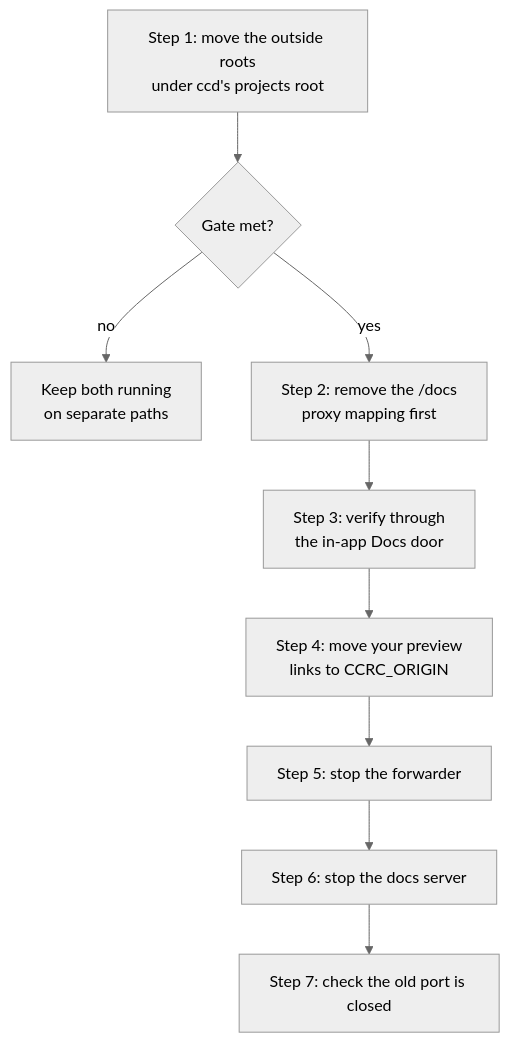
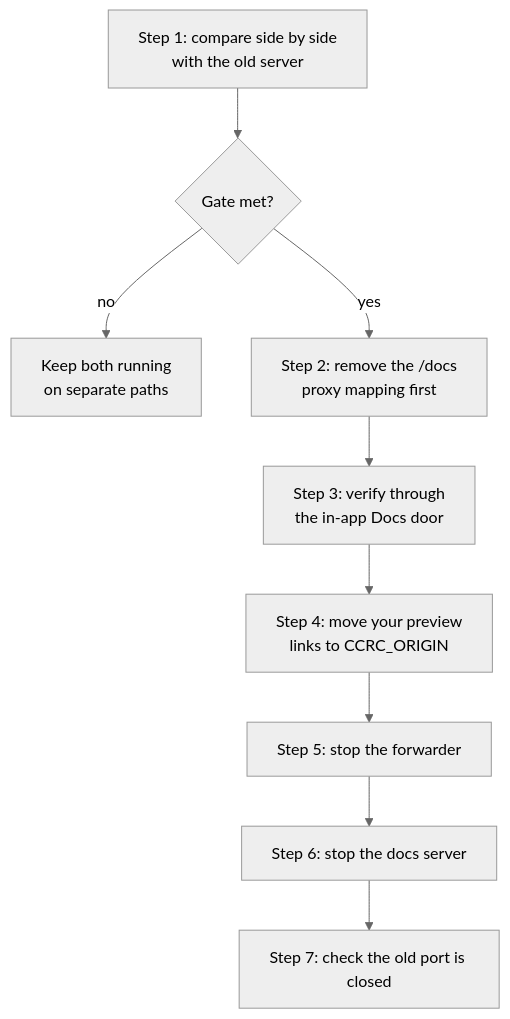
One commit to Synapsium-Labs/ccrc-pwa changed the fourth of 4 diagrams in docs/superpowers/specs/2026-10-12-rich-docs-reader-and-shared-renderer-design.md. Above: the diagram before and after it, drawn with Mermaid (neutral theme). The commit also changed other lines of this file and 3 other files, not shown here.

````diff
--- a/docs/superpowers/specs/2026-10-12-rich-docs-reader-and-shared-renderer-design.md
+++ b/docs/superpowers/specs/2026-10-12-rich-docs-reader-and-shared-renderer-design.md
@@ -715,11 +719,11 @@
 ```mermaid
 flowchart TB
-  M["Step 1: move the outside roots<br/>under ccd's projects root"] --> G{"Gate met?"}
+  M["Step 1: compare side by side<br/>with the old server"] --> G{"Gate met?"}
   G -->|"no"| K["Keep both running<br/>on separate paths"]
   G -->|"yes"| S2["Step 2: remove the /docs<br/>proxy mapping first"]
   S2 --> S3["Step 3: verify through<br/>the in-app Docs door"]
   S3 --> S4["Step 4: move your preview<br/>links to CCRC_ORIGIN"]
   S4 --> S5["Step 5: stop the forwarder"]
   S5 --> S6["Step 6: stop the docs server"]
   S6 --> S7["Step 7: check the old port is closed"]
 ```
````
